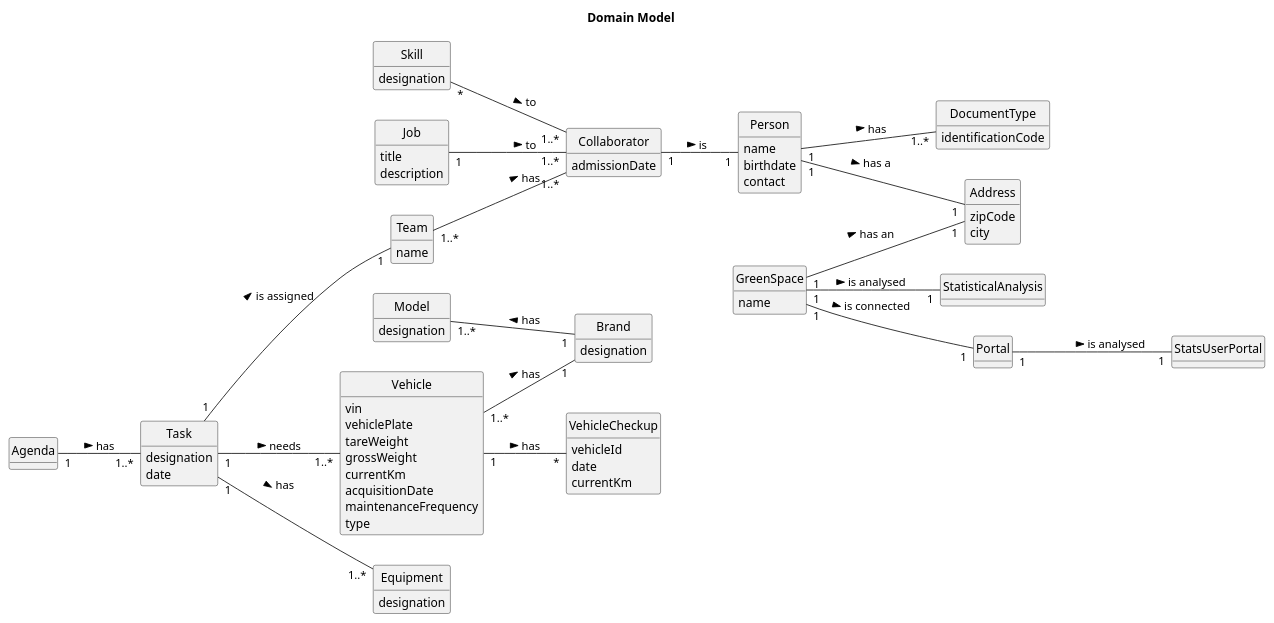
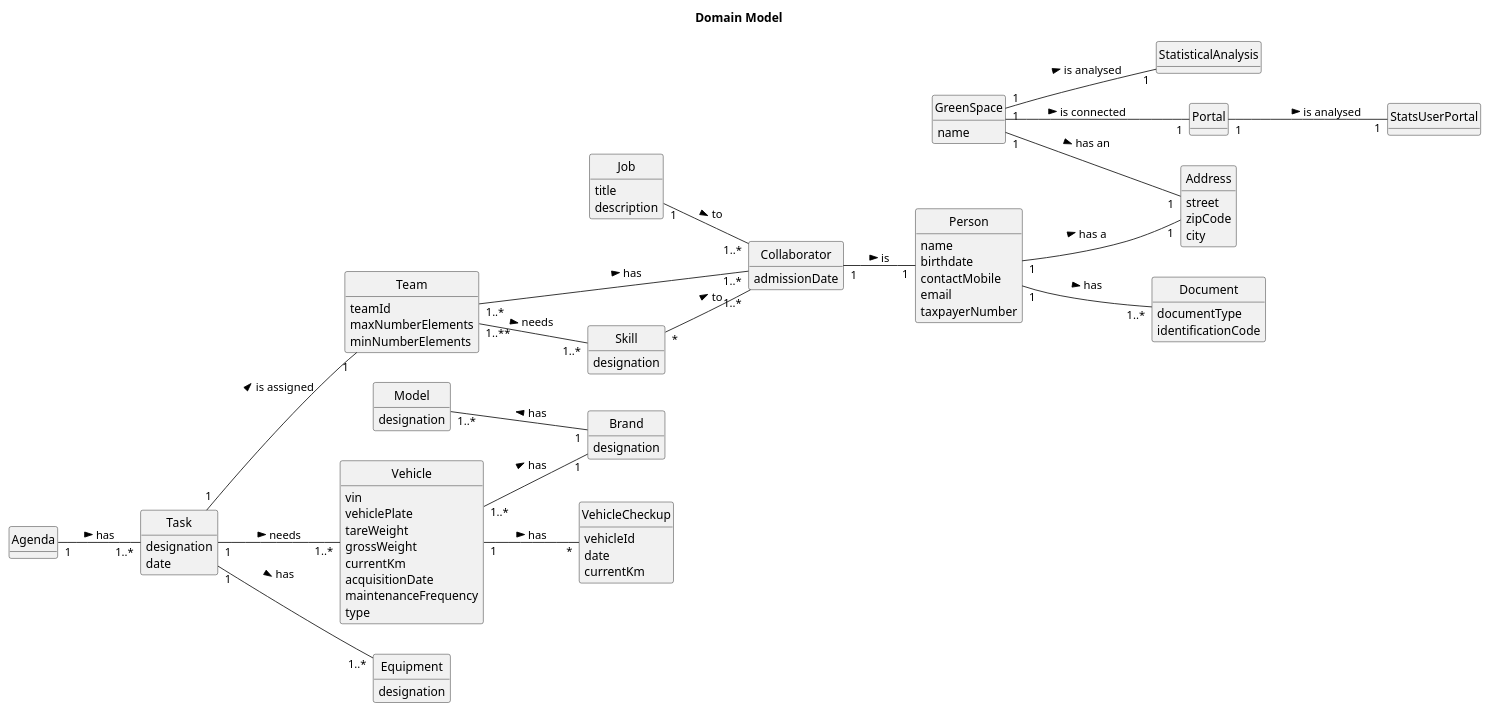
One commit to ricardomm7/leaflink changed the diagram in docs/sprintB/global-artifacts/02.analysis/puml/project-domain-model.puml. Above: the diagram before and after it, drawn with PlantUML.

Commit message:
Global domain model update

```diff
--- a/docs/sprintB/global-artifacts/02.analysis/puml/project-domain-model.puml
+++ b/docs/sprintB/global-artifacts/02.analysis/puml/project-domain-model.puml
@@ -1,129 +1,136 @@
 @startuml
 skinparam monochrome true
 skinparam packageStyle rectangle
 skinparam shadowing false
 skinparam classAttributeIconSize 0
 hide circle
 hide methods
 left to right direction
 
 title Domain Model
 
 class Skill {
     designation
 }
 
 class Job {
     title
     description
 }
 
 class Collaborator {
     admissionDate
 }
 
-class DocumentType{
+class Document{
+    documentType
     identificationCode
 }
 
 
 class Team {
-    name
+    teamId
+    maxNumberElements
+    minNumberElements
 }
 
 class Vehicle {
     vin
     vehiclePlate
     tareWeight
     grossWeight
     currentKm
     acquisitionDate
     maintenanceFrequency
     type
 }
 
 class Brand{
     designation
 }
 
 class Model{
     designation
 }
 
 class VehicleCheckup{
     vehicleId
     date
     currentKm
 }
 
 class Person {
     name
     birthdate
-    contact
+    contactMobile
+    email
+    taxpayerNumber
 }
 
 class Address{
+    street
     zipCode
     city
 }
 
 class StatisticalAnalysis{
 }
 
 class StatsUserPortal{
 }
 
 
 class GreenSpace{
     name
 }
 
 class Task{
     designation
     date
 }
 
 class Equipment{
     designation
 }
 
 class Agenda{
 }
 
 class Portal{
 }
 
 Vehicle "1..*" -- "1" Brand : has >
 
 Model "1..*" -- "1" Brand : has <
 
 Collaborator  "1" -- "1"  Person : is >
-
-Person "1" -- "1..*" DocumentType : has >
+Person "1" -- "1..*" Document : has >
 
 Job "1" -- "1..*" Collaborator : to >
 
 Skill "*" -- "1..*" Collaborator : to >
+Team "1..**" -- "1..*" Skill : needs >
+
 
 Team "1..*" -- "1..*" Collaborator : has >
 
 Vehicle "1" -- "*" VehicleCheckup : has >
 
 Person "1" -- "1" Address : has a >
 
 GreenSpace "1" -- "1" StatisticalAnalysis : is analysed >
 
 GreenSpace "1" -- "1" Address : has an >
 
 Task "1" -- "1..*" Vehicle : needs >
 
 Task "1" -- "1" Team : is assigned >
 
 Task "1" -- "1..*" Equipment : has >
 
 GreenSpace "1" -- "1" Portal : is connected >
 
 Portal "1" -- "1" StatsUserPortal : is analysed >
 
 Agenda "1" -- "1..*" Task : has >
 @enduml
```
